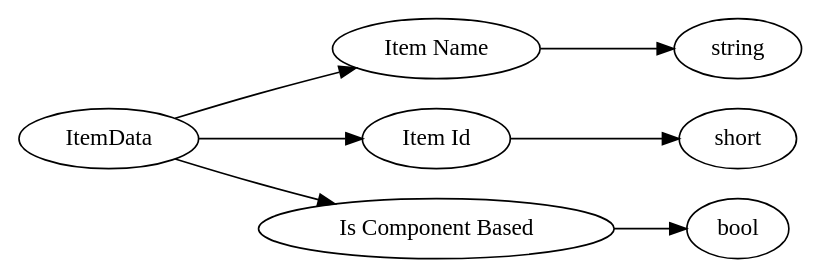
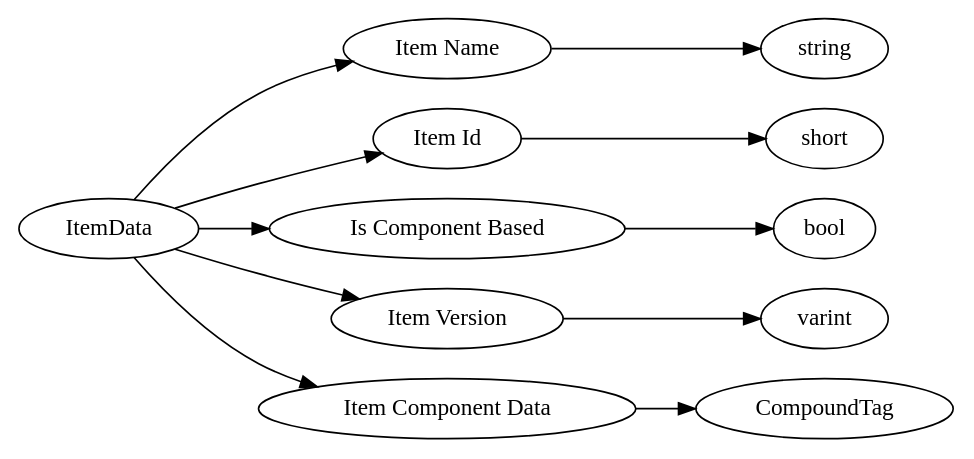
The diagram in dot/ItemData.dot (Mojang/bedrock-protocol-docs), drawn with Graphviz before and after one commit. The commit also changed 485 other files, not shown here.

```diff
--- a/dot/ItemData.dot
+++ b/dot/ItemData.dot
@@ -1,20 +1,28 @@
 digraph "ItemData" {
 rankdir = LR
-180
-180 -> 181
-181 -> 182
-180 -> 183
-183 -> 184
-180 -> 185
-185 -> 186
+6
+6 -> 7
+7 -> 8
+6 -> 9
+9 -> 10
+6 -> 11
+11 -> 12
+6 -> 13
+13 -> 14
+6 -> 15
+15 -> 16
 
-180 [label="ItemData",comment="name: \"ItemData\", typeName: \"\", id: 180, branchId: 0, recurseId: -1, attributes: 0, notes: \"\""];
-181 [label="Item Name",comment="name: \"Item Name\", typeName: \"\", id: 181, branchId: 0, recurseId: -1, attributes: 0, notes: \"\""];
-182 [label="string",comment="name: \"string\", typeName: \"\", id: 182, branchId: 0, recurseId: -1, attributes: 512, notes: \"\""];
-183 [label="Item Id",comment="name: \"Item Id\", typeName: \"\", id: 183, branchId: 0, recurseId: -1, attributes: 0, notes: \"Block id's < 256 (can be negative); Item id's > 257\""];
-184 [label="short",comment="name: \"short\", typeName: \"\", id: 184, branchId: 0, recurseId: -1, attributes: 512, notes: \"\""];
-185 [label="Is Component Based",comment="name: \"Is Component Based\", typeName: \"\", id: 185, branchId: 0, recurseId: -1, attributes: 0, notes: \"\""];
-186 [label="bool",comment="name: \"bool\", typeName: \"\", id: 186, branchId: 0, recurseId: -1, attributes: 512, notes: \"\""];
-{ rank = max;182;184;186}
+6 [label="ItemData",comment="name: \"ItemData\", typeName: \"\", id: 6, branchId: 0, recurseId: -1, attributes: 0, notes: \"\""];
+7 [label="Item Name",comment="name: \"Item Name\", typeName: \"\", id: 7, branchId: 0, recurseId: -1, attributes: 0, notes: \"\""];
+8 [label="string",comment="name: \"string\", typeName: \"\", id: 8, branchId: 0, recurseId: -1, attributes: 512, notes: \"\""];
+9 [label="Item Id",comment="name: \"Item Id\", typeName: \"\", id: 9, branchId: 0, recurseId: -1, attributes: 0, notes: \"Block id's < 256 (can be negative); Item id's >= 257\""];
+10 [label="short",comment="name: \"short\", typeName: \"\", id: 10, branchId: 0, recurseId: -1, attributes: 512, notes: \"\""];
+11 [label="Is Component Based",comment="name: \"Is Component Based\", typeName: \"\", id: 11, branchId: 0, recurseId: -1, attributes: 0, notes: \"\""];
+12 [label="bool",comment="name: \"bool\", typeName: \"\", id: 12, branchId: 0, recurseId: -1, attributes: 512, notes: \"\""];
+13 [label="Item Version",comment="name: \"Item Version\", typeName: \"\", id: 13, branchId: 0, recurseId: -1, attributes: 0, notes: \"\""];
+14 [label="varint",comment="name: \"varint\", typeName: \"\", id: 14, branchId: 0, recurseId: -1, attributes: 512, notes: \"\""];
+15 [label="Item Component Data",comment="name: \"Item Component Data\", typeName: \"CompoundTag\", id: 15, branchId: 0, recurseId: -1, attributes: 256, notes: \"\""];
+16 [label="CompoundTag",comment="name: \"CompoundTag\", typeName: \"\", id: 16, branchId: 0, recurseId: -1, attributes: 512, notes: \"\""];
+{ rank = max;8;10;12;14;16}
 
 }
```
